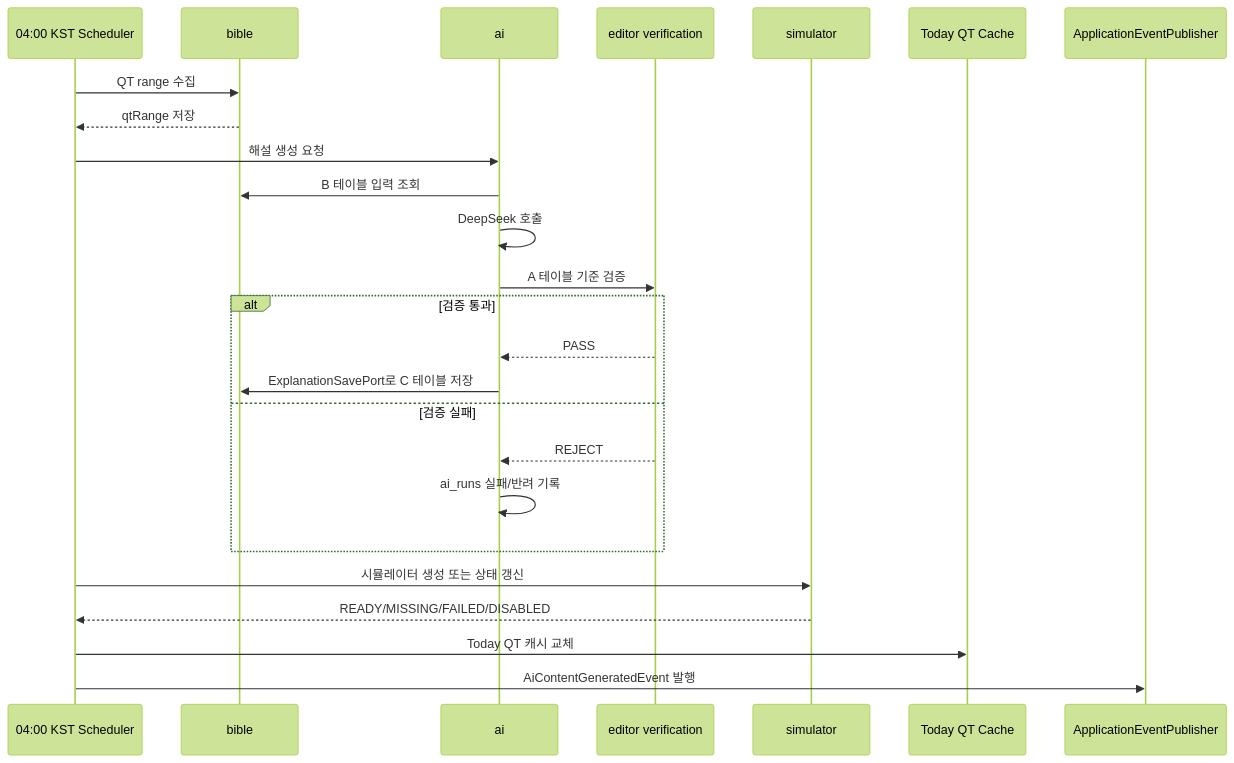
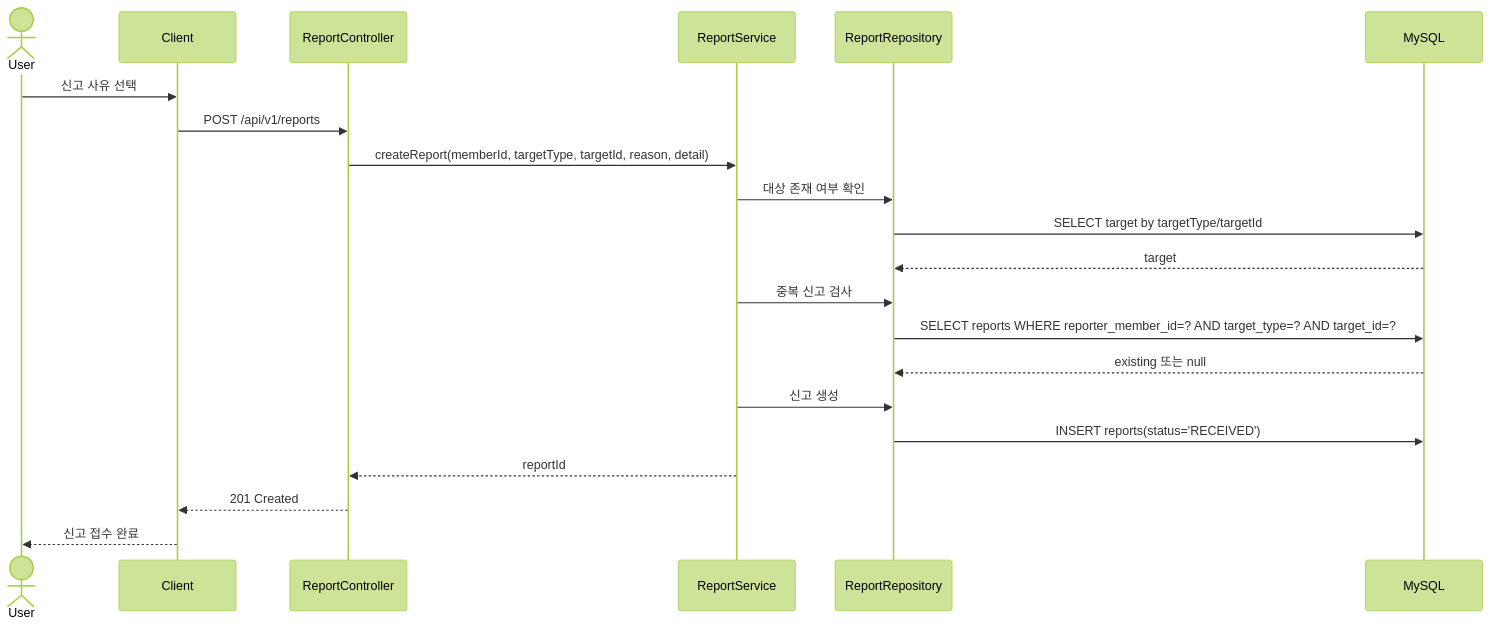
One commit to Tae0072/2nd-Team-Project changed diagram 14 of 26 in 05_시퀀스_다이어그램.md. Above: the diagram before and after it, drawn with Mermaid (forest theme). The commit also changed other lines of this file and 11 other files, not shown here.

````diff
--- a/05_시퀀스_다이어그램.md
+++ b/05_시퀀스_다이어그램.md
@@ -199,28 +595,24 @@
 ```mermaid
 sequenceDiagram
-    participant Scheduler as 04:00 KST Scheduler
-    participant Bible as bible
-    participant AI as ai
-    participant Editor as editor verification
-    participant Sim as simulator
-    participant Cache as Today QT Cache
-    participant Event as ApplicationEventPublisher
+    actor User as User
+    participant Client as Client
+    participant ReportApi as ReportController
+    participant ReportService as ReportService
+    participant Repo as ReportRepository
+    participant MySQL as MySQL
 
-    Scheduler->>Bible: QT range 수집
-    Bible-->>Scheduler: qtRange 저장
-    Scheduler->>AI: 해설 생성 요청
-    AI->>Bible: B 테이블 입력 조회
-    AI->>AI: DeepSeek 호출
-    AI->>Editor: A 테이블 기준 검증
-    alt 검증 통과
-        Editor-->>AI: PASS
-        AI->>Bible: ExplanationSavePort로 C 테이블 저장
-    else 검증 실패
-        Editor-->>AI: REJECT
-        AI->>AI: ai_runs 실패/반려 기록
-    end
-    Scheduler->>Sim: 시뮬레이터 생성 또는 상태 갱신
-    Sim-->>Scheduler: READY/MISSING/FAILED/DISABLED
-    Scheduler->>Cache: Today QT 캐시 교체
-    Scheduler->>Event: AiContentGeneratedEvent 발행
+    User->>Client: 신고 사유 선택
+    Client->>ReportApi: POST /api/v1/reports
+    ReportApi->>ReportService: createReport(memberId, targetType, targetId, reason, detail)
+    ReportService->>Repo: 대상 존재 여부 확인
+    Repo->>MySQL: SELECT target by targetType/targetId
+    MySQL-->>Repo: target
+    ReportService->>Repo: 중복 신고 검사
+    Repo->>MySQL: SELECT reports WHERE reporter_member_id=? AND target_type=? AND target_id=?
+    MySQL-->>Repo: existing 또는 null
+    ReportService->>Repo: 신고 생성
+    Repo->>MySQL: INSERT reports(status='RECEIVED')
+    ReportService-->>ReportApi: reportId
+    ReportApi-->>Client: 201 Created
+    Client-->>User: 신고 접수 완료
 ```
````
